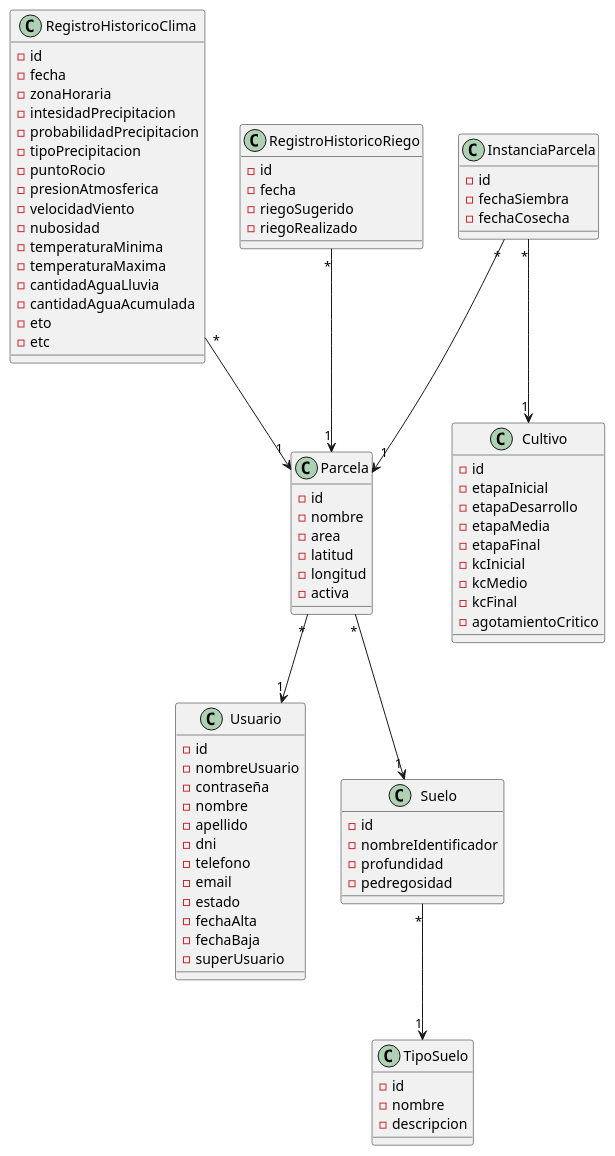
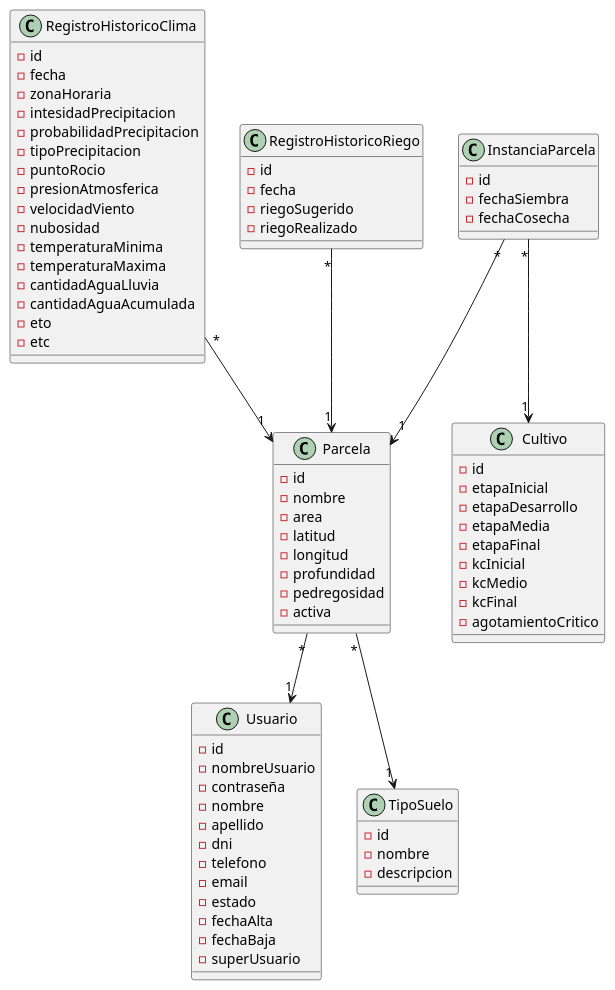
The diagram in Modelo de dominio/Modelo de dominio.pu (FacuDeveloper/Sistema-de-riego), drawn with PlantUML before and after one commit. The commit also changed 1 other file, not shown here.

```diff
--- a/Modelo de dominio/Modelo de dominio.pu
+++ b/Modelo de dominio/Modelo de dominio.pu
@@ -1,92 +1,86 @@
 @startuml
 
 Parcela "*"-->"1" Usuario
-Parcela "*"-->"1" Suelo
+Parcela "*"-->"1" TipoSuelo
 RegistroHistoricoClima "*"-->"1" Parcela
 RegistroHistoricoRiego "*"-->"1" Parcela
 InstanciaParcela "*"-->"1" Parcela
 InstanciaParcela "*"-->"1" Cultivo
-Suelo "*"-->"1" TipoSuelo
 
 class Parcela {
 -id
 -nombre
 -area
 -latitud
 -longitud
--activa
-}
-
-class Suelo {
--id
--nombreIdentificador
 -profundidad
 -pedregosidad
+-activa
 }
 
 class Cultivo {
 -id
 -etapaInicial
 -etapaDesarrollo
 -etapaMedia
 -etapaFinal
 -kcInicial
 -kcMedio
 -kcFinal
 -agotamientoCritico
 }
 
 class TipoSuelo {
 -id
 -nombre
 -descripcion
 }
 
 class RegistroHistoricoClima {
 -id
 -fecha
 -zonaHoraria
 -intesidadPrecipitacion
 -probabilidadPrecipitacion
 -tipoPrecipitacion
 -puntoRocio
 -presionAtmosferica
 -velocidadViento
 -nubosidad
 -temperaturaMinima
 -temperaturaMaxima
 -cantidadAguaLluvia
 -cantidadAguaAcumulada
 -eto
 -etc
 }
 
 class InstanciaParcela {
 -id
 -fechaSiembra
 -fechaCosecha
 }
 
 class RegistroHistoricoRiego {
 -id
 -fecha
 -riegoSugerido
 -riegoRealizado
 }
 
 class Usuario {
 -id
 -nombreUsuario
 -contraseña
 -nombre
 -apellido
 -dni
 -telefono
 -email
 -estado
 -fechaAlta
 -fechaBaja
 -superUsuario
 }
 
 @enduml
```
